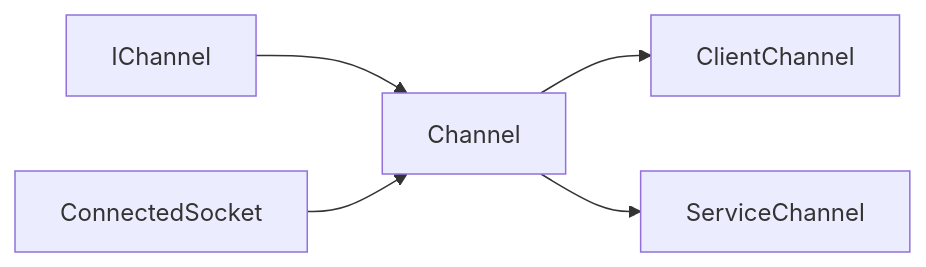
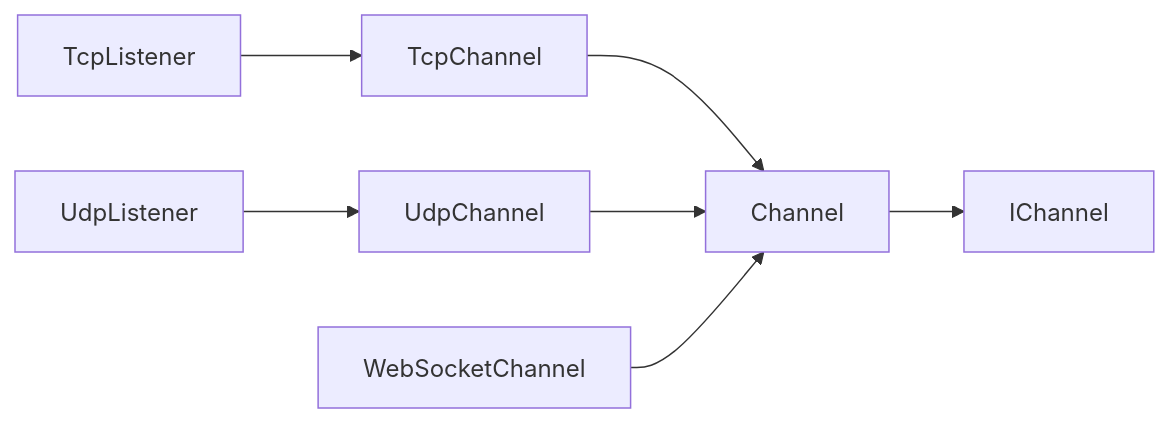
Before and after one commit to goncalo-oliveira/channels: the first of 4 diagrams in structure.md, drawn with Mermaid. The commit also changed 131 other files, not shown here.

````diff
--- a/structure.md
+++ b/structure.md
@@ -7,7 +7,9 @@
 ```mermaid
 graph LR
-    IChannel --> Channel
-    ConnectedSocket --> Channel
-    Channel --> ClientChannel
-    Channel --> ServiceChannel
+    Channel --> IChannel
+    TcpChannel --> Channel
+    UdpChannel --> Channel
+    WebSocketChannel --> Channel
+    TcpListener --> TcpChannel
+    UdpListener --> UdpChannel
 ```
````
